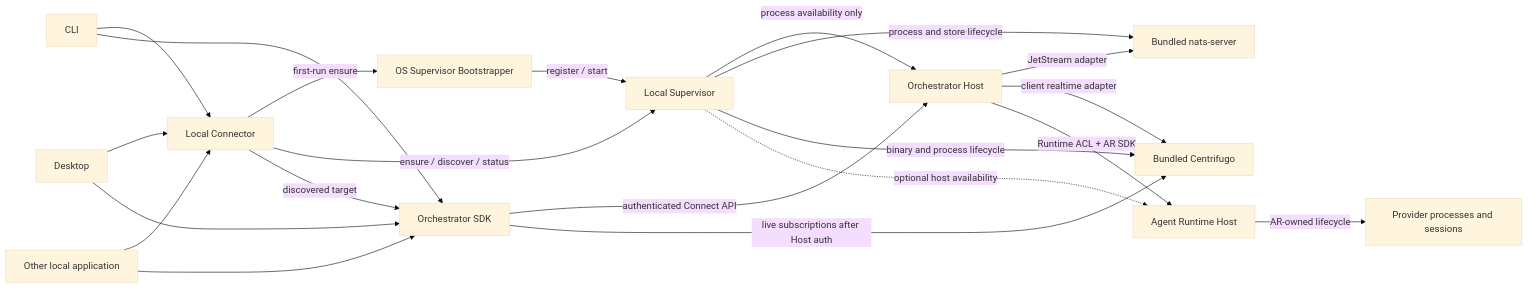
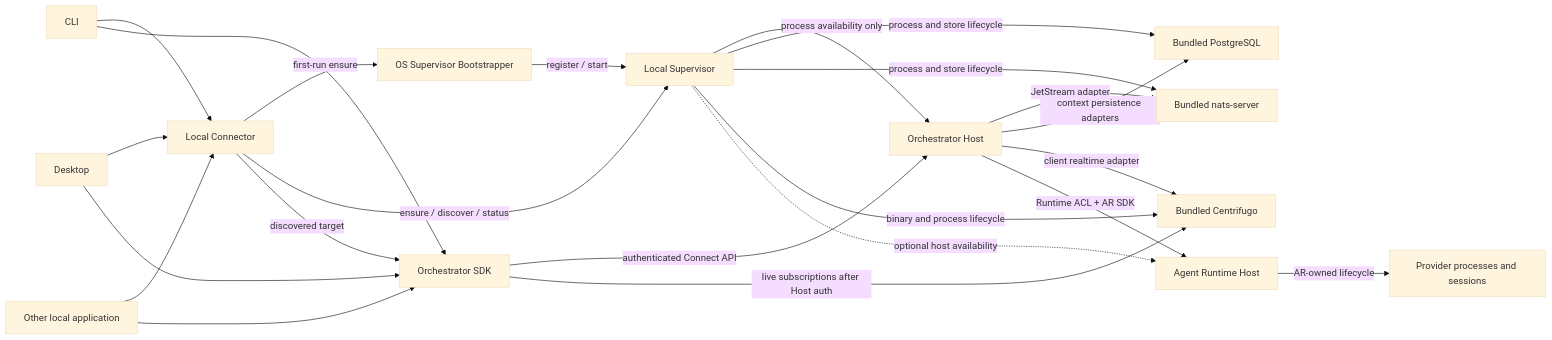
One commit to agent-teams-ai/agent-teams-orchestrator changed the diagram in docs/architecture/local-host-lifecycle.md. Above: the diagram before and after it, drawn with Mermaid (base theme). The commit also changed other lines of this file and 60 other files, not shown here.

````diff
--- a/docs/architecture/local-host-lifecycle.md
+++ b/docs/architecture/local-host-lifecycle.md
@@ -56,32 +66,34 @@
 ```mermaid
 flowchart LR
     CLI["CLI"]
     Desktop["Desktop"]
     Other["Other local application"]
     Bootstrapper["OS Supervisor Bootstrapper"]
     SDK["Orchestrator SDK"]
 
     CLI --> Connector["Local Connector"]
     Desktop --> Connector
     Other --> Connector
     CLI --> SDK
     Desktop --> SDK
     Other --> SDK
 
     Connector -->|"first-run ensure"| Bootstrapper
     Bootstrapper -->|"register / start"| Supervisor["Local Supervisor"]
     Connector -->|"ensure / discover / status"| Supervisor["Local Supervisor"]
     Connector -->|"discovered target"| SDK
     SDK -->|"authenticated Connect API"| Host["Orchestrator Host"]
 
     Supervisor -->|"process availability only"| Host
+    Supervisor -->|"process and store lifecycle"| PostgreSQL["Bundled PostgreSQL"]
     Supervisor -->|"process and store lifecycle"| NATS["Bundled nats-server"]
     Supervisor -->|"binary and process lifecycle"| Realtime["Bundled Centrifugo"]
     Supervisor -. "optional host availability" .-> ARHost["Agent Runtime Host"]
 
     Host -->|"JetStream adapter"| NATS
+    Host -->|"context persistence adapters"| PostgreSQL
     Host -->|"client realtime adapter"| Realtime
     SDK -->|"live subscriptions after Host auth"| Realtime
     Host -->|"Runtime ACL + AR SDK"| ARHost
     ARHost -->|"AR-owned lifecycle"| Providers["Provider processes and sessions"]
 ```
````
